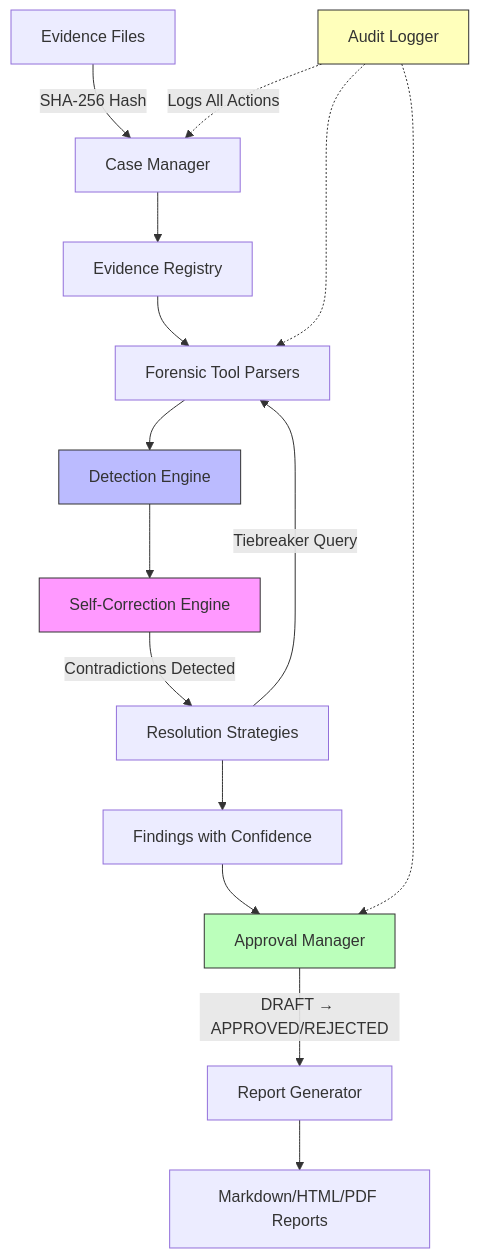
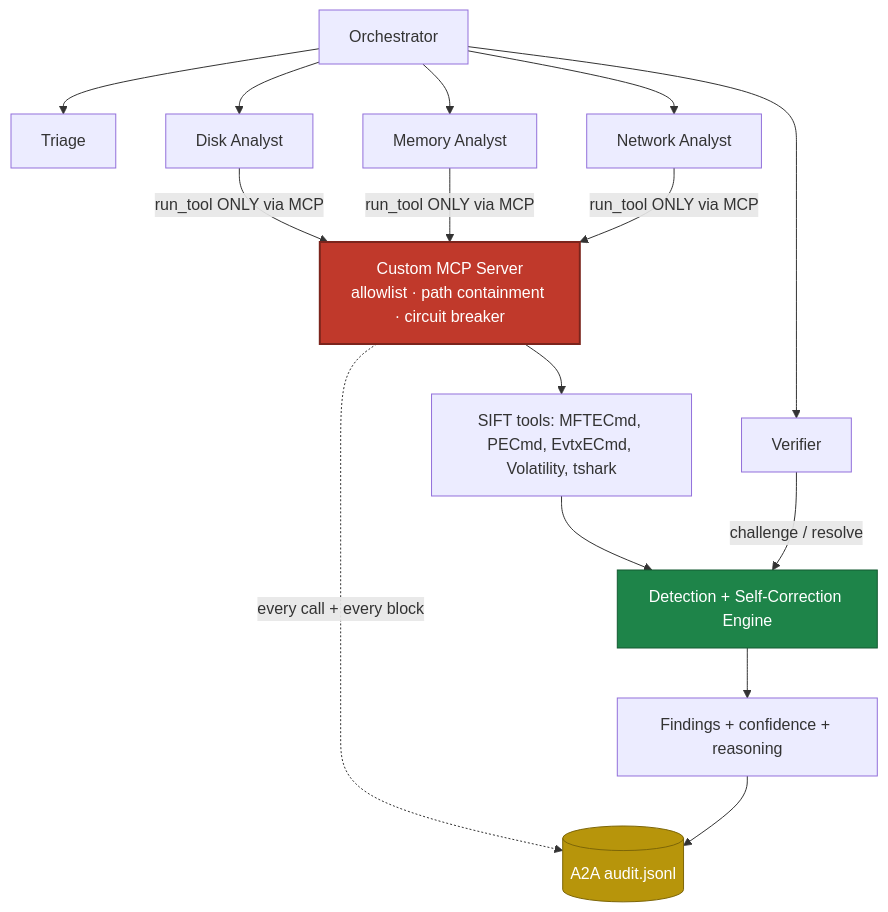
Before and after one commit to Strike48-public/4n6_nexus: the diagram in README.md, drawn with Mermaid. The commit also changed other lines of this file and 2 other files, not shown here.

````diff
--- a/README.md
+++ b/README.md
@@ -340,23 +352,20 @@
 ```mermaid
 graph TD
-    A[Evidence Files] -->|SHA-256 Hash| B[Case Manager]
-    B --> C[Evidence Registry]
-    C --> D[Forensic Tool Parsers]
-    D --> E[Detection Engine]
-    E --> F[Self-Correction Engine]
-    F -->|Contradictions Detected| G[Resolution Strategies]
-    G -->|Tiebreaker Query| D
-    G --> H[Findings with Confidence]
-    H --> I[Approval Manager]
-    I -->|DRAFT → APPROVED/REJECTED| J[Report Generator]
-    J --> K[Markdown/HTML/PDF Reports]
-    
-    L[Audit Logger] -.->|Logs All Actions| B
-    L -.-> D
-    L -.-> I
-    
-    style E fill:#bbf,stroke:#333
-    style F fill:#f9f,stroke:#333
-    style I fill:#bfb,stroke:#333
-    style L fill:#ffb,stroke:#333
+    ORCH[Orchestrator] --> TRIAGE[Triage]
+    ORCH --> DA[Disk Analyst]
+    ORCH --> MA[Memory Analyst]
+    ORCH --> NA[Network Analyst]
+    ORCH --> VER[Verifier]
+
+    DA & MA & NA -->|run_tool ONLY via MCP| MCP[Custom MCP Server<br/>allowlist · path containment · circuit breaker]
+    MCP --> TOOLS[SIFT tools: MFTECmd, PECmd, EvtxECmd, Volatility, tshark]
+    TOOLS --> ENGINE[Detection + Self-Correction Engine]
+    VER -->|challenge / resolve| ENGINE
+    ENGINE --> FIND[Findings + confidence + reasoning]
+    MCP -.->|every call + every block| AUDIT[(A2A audit.jsonl)]
+    FIND --> AUDIT
+
+    style MCP fill:#c0392b,color:#fff,stroke:#7b241c,stroke-width:2px
+    style ENGINE fill:#1e8449,color:#fff,stroke:#145a32
+    style AUDIT fill:#b7950b,color:#fff,stroke:#7d6608
 ```
````
